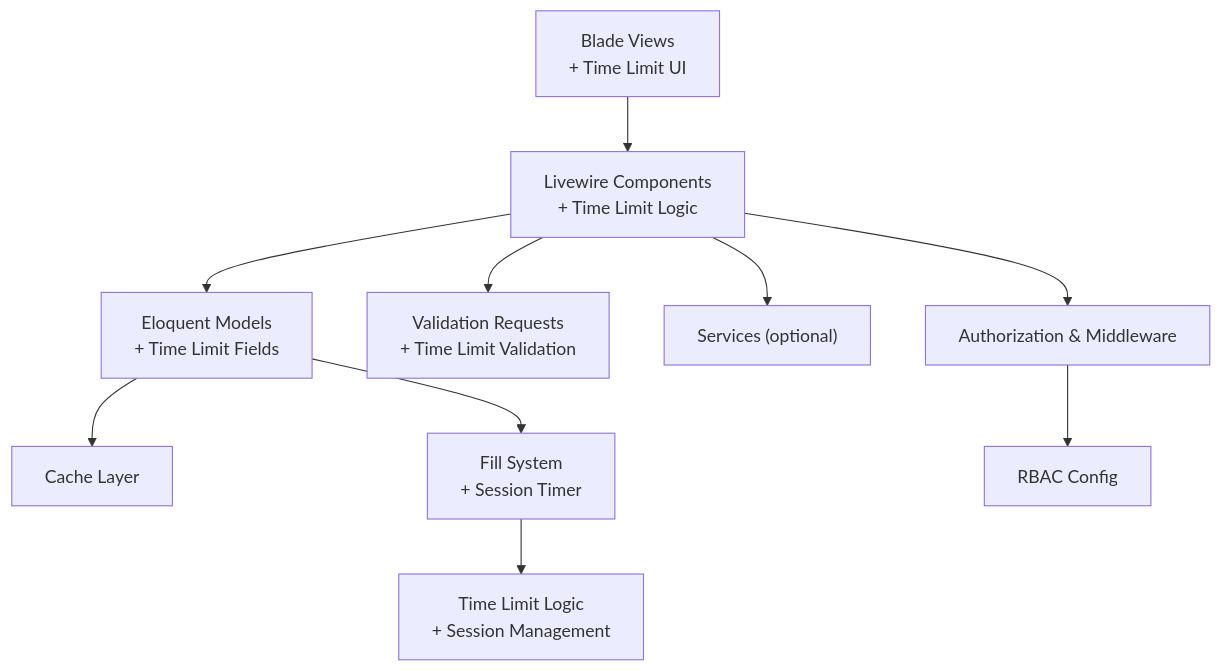
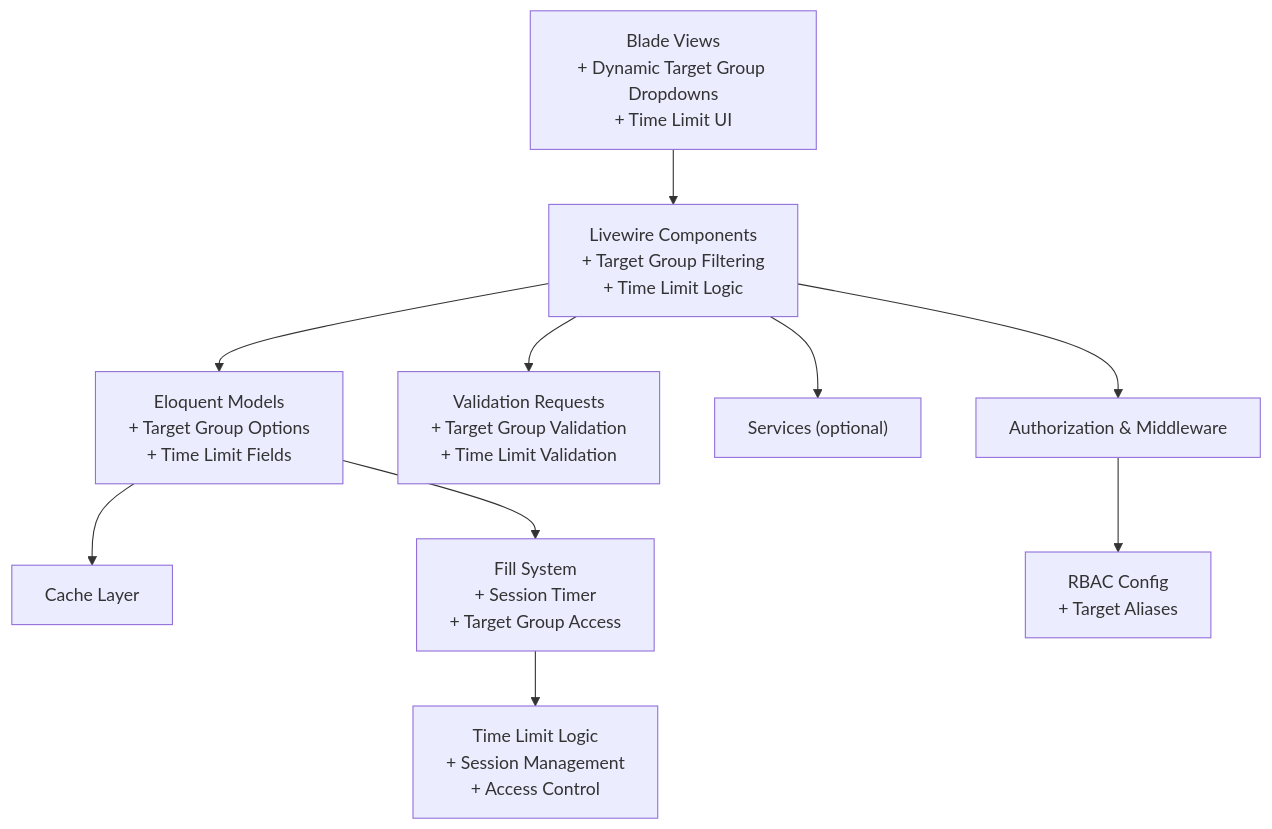
Before and after one commit to rudicatsmile/assesment360: the second of 11 diagrams in .qoder/repowiki/en/content/Livewire Components/Admin Components.md, drawn with Mermaid. The commit also changed other lines of this file and 5 other files, not shown here.

````diff
--- a/.qoder/repowiki/en/content/Livewire Components/Admin Components.md
+++ b/.qoder/repowiki/en/content/Livewire Components/Admin Components.md
@@ -179,12 +186,12 @@
 ```mermaid
 graph TB
-UI["Blade Views<br/>+ Time Limit UI"] --> LW["Livewire Components<br/>+ Time Limit Logic"]
+UI["Blade Views<br/>+ Dynamic Target Group Dropdowns<br/>+ Time Limit UI"] --> LW["Livewire Components<br/>+ Target Group Filtering<br/>+ Time Limit Logic"]
 LW --> AUTH["Authorization & Middleware"]
-LW --> REQ["Validation Requests<br/>+ Time Limit Validation"]
+LW --> REQ["Validation Requests<br/>+ Target Group Validation<br/>+ Time Limit Validation"]
 LW --> SVC["Services (optional)"]
-LW --> DB["Eloquent Models<br/>+ Time Limit Fields"]
+LW --> DB["Eloquent Models<br/>+ Target Group Options<br/>+ Time Limit Fields"]
 DB --> CACHE["Cache Layer"]
-DB --> FILL["Fill System<br/>+ Session Timer"]
-AUTH --> RBAC["RBAC Config"]
-FILL --> TIME["Time Limit Logic<br/>+ Session Management"]
+DB --> FILL["Fill System<br/>+ Session Timer<br/>+ Target Group Access"]
+AUTH --> RBAC["RBAC Config<br/>+ Target Aliases"]
+FILL --> TIME["Time Limit Logic<br/>+ Session Management<br/>+ Access Control"]
 ```
````
